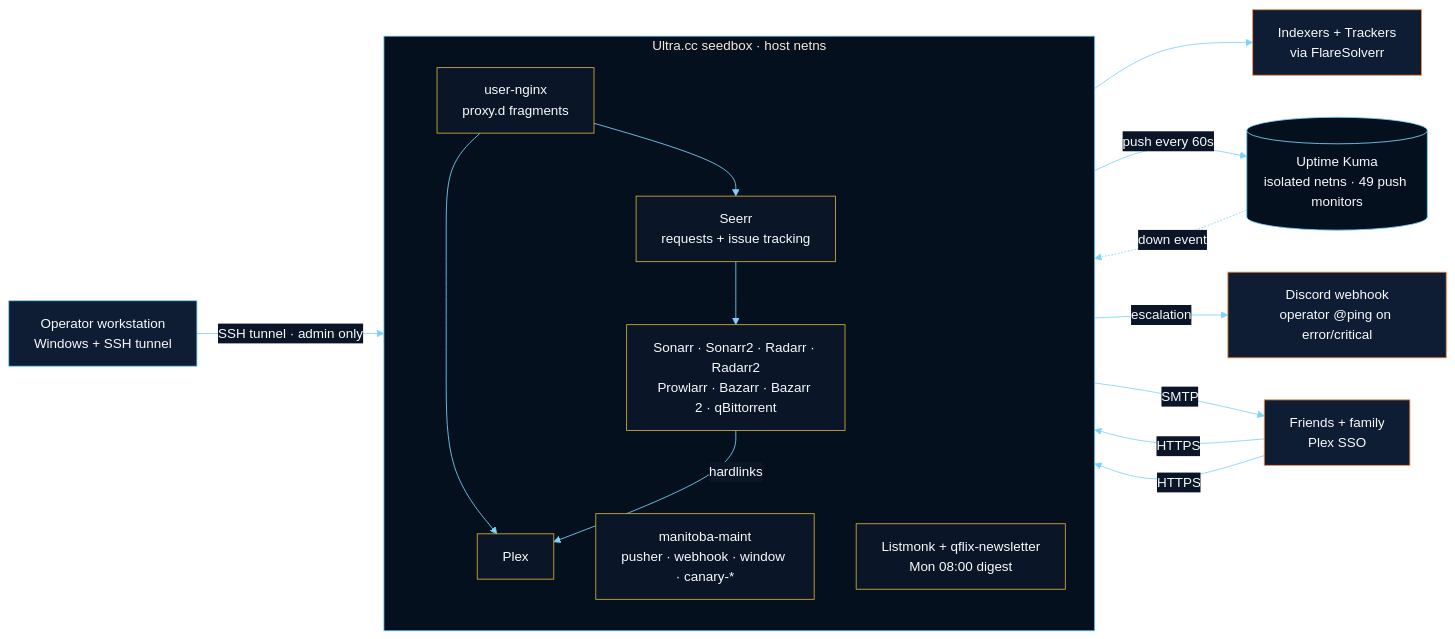
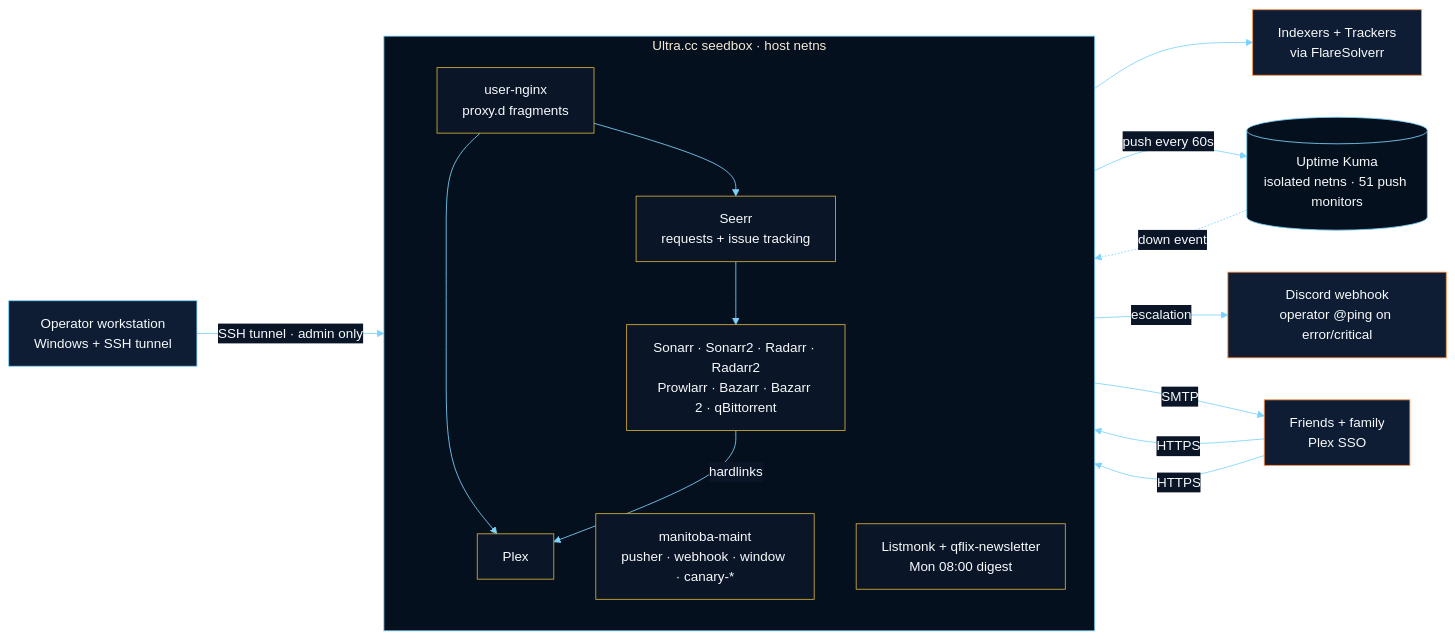
The first of 6 diagrams in README.md (Quadstronaut/QFlix), drawn with Mermaid before and after one commit. The commit also changed other lines of this file and 5 other files, not shown here.

````diff
--- a/README.md
+++ b/README.md
@@ -76,35 +76,35 @@
 ```mermaid
 %%{init: {'theme':'base','themeVariables':{'primaryColor':'#0e1d33','primaryTextColor':'#f8fafc','primaryBorderColor':'#ff8c42','lineColor':'#7dd3fc','secondaryColor':'#05101f','tertiaryColor':'#0a1628','clusterBkg':'#05101f','clusterBorder':'#7dd3fc','edgeLabelBackground':'#0a1628','fontFamily':'Segoe UI, Roboto, sans-serif'}}}%%
 flowchart LR
   classDef ext fill:#0e1d33,stroke:#ff8c42,color:#f8fafc
   classDef user fill:#0e1d33,stroke:#7dd3fc,color:#f8fafc
   classDef seedbox fill:#0a1628,stroke:#d4af37,color:#f8fafc
   classDef kuma fill:#05101f,stroke:#7dd3fc,color:#f8fafc
 
   user[Operator workstation<br/>Windows + SSH tunnel]:::user
   friends[Friends + family<br/>Plex SSO]:::ext
   ext[Indexers + Trackers<br/>via FlareSolverr]:::ext
 
   subgraph SB[Ultra.cc seedbox · host netns]
     direction TB
     nginx[user-nginx<br/>proxy.d fragments]:::seedbox
     plex[Plex]:::seedbox
     arr[Sonarr · Sonarr2 · Radarr · Radarr2<br/>Prowlarr · Bazarr · Bazarr 2 · qBittorrent]:::seedbox
     requests[Seerr<br/>requests + issue tracking]:::seedbox
     maint[manitoba-maint<br/>pusher · webhook · window · canary-*]:::seedbox
     comms[Listmonk + qflix-newsletter<br/>Mon 08:00 digest]:::seedbox
   end
 
-  kuma[(Uptime Kuma<br/>isolated netns · 49 push monitors)]:::kuma
+  kuma[(Uptime Kuma<br/>isolated netns · 51 push monitors)]:::kuma
   discord[Discord webhook<br/>operator @ping on error/critical]:::ext
 
   friends -->|HTTPS| nginx --> plex
   friends -->|HTTPS| nginx --> requests
   requests --> arr --> ext
   arr -->|hardlinks| plex
   user -->|SSH tunnel · admin only| arr
   maint -->|push every 60s| kuma
   kuma -.->|down event| maint
   maint -->|escalation| discord
   comms -->|SMTP| friends
 ```
````
